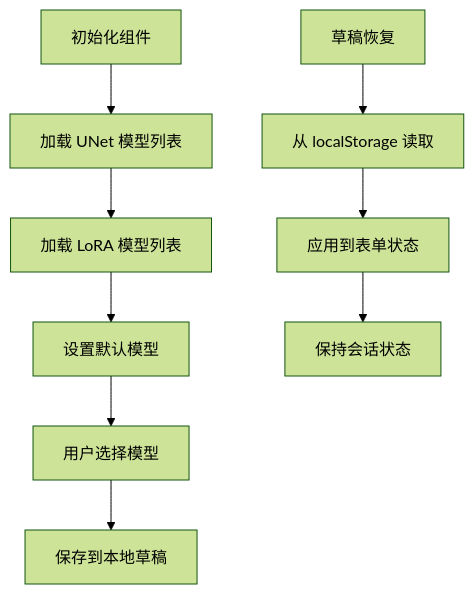
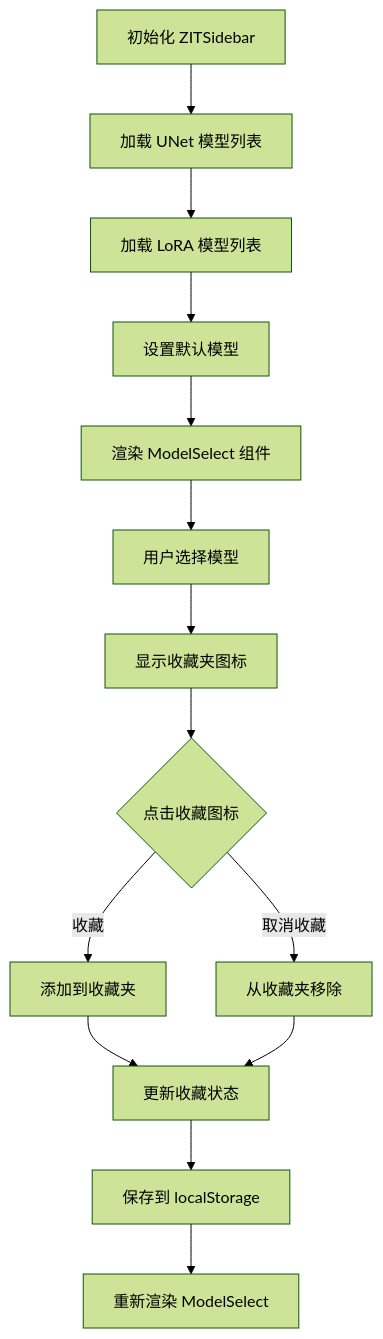
The fifth of 8 diagrams in .qoder/repowiki/zh/content/用户界面组件/控制面板组件/ZIT快出侧边栏.md (billye220670/CorineKit_Pix2Real), drawn with Mermaid (forest theme) before and after one commit. The commit also changed other lines of this file and 54 other files, not shown here.

First line of the commit message:
feat: 模型下拉菜单元数据管理（缩略图+重命名）及session mask恢复优化

````diff
--- a/.qoder/repowiki/zh/content/用户界面组件/控制面板组件/ZIT快出侧边栏.md
+++ b/.qoder/repowiki/zh/content/用户界面组件/控制面板组件/ZIT快出侧边栏.md
@@ -186,11 +261,16 @@
 ```mermaid
 flowchart TD
-A[初始化组件] --> B[加载 UNet 模型列表]
+A[初始化 ZITSidebar] --> B[加载 UNet 模型列表]
 B --> C[加载 LoRA 模型列表]
 C --> D[设置默认模型]
-D --> E[用户选择模型]
-E --> F[保存到本地草稿]
-G[草稿恢复] --> H[从 localStorage 读取]
-H --> I[应用到表单状态]
-I --> J[保持会话状态]
+D --> E[渲染 ModelSelect 组件]
+E --> F[用户选择模型]
+F --> G[显示收藏夹图标]
+G --> H{点击收藏图标}
+H --> |收藏| I[添加到收藏夹]
+H --> |取消收藏| J[从收藏夹移除]
+I --> K[更新收藏状态]
+J --> K
+K --> L[保存到 localStorage]
+L --> M[重新渲染 ModelSelect]
 ```
````
